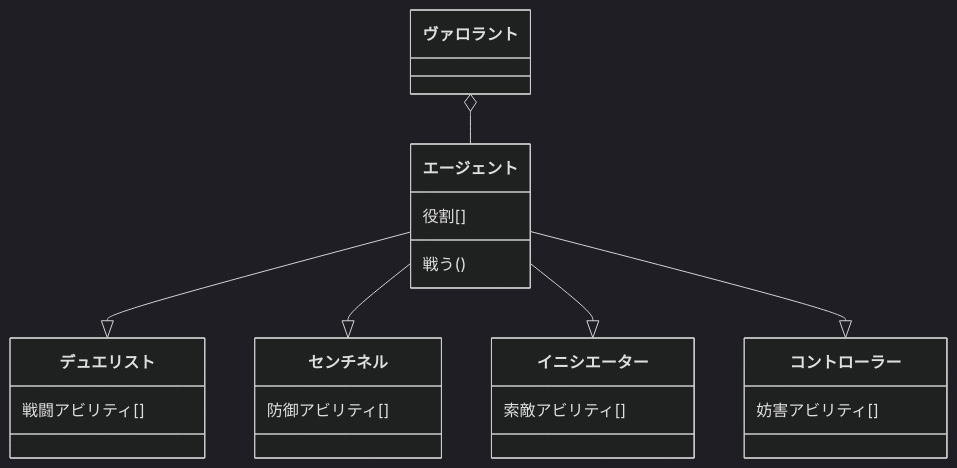
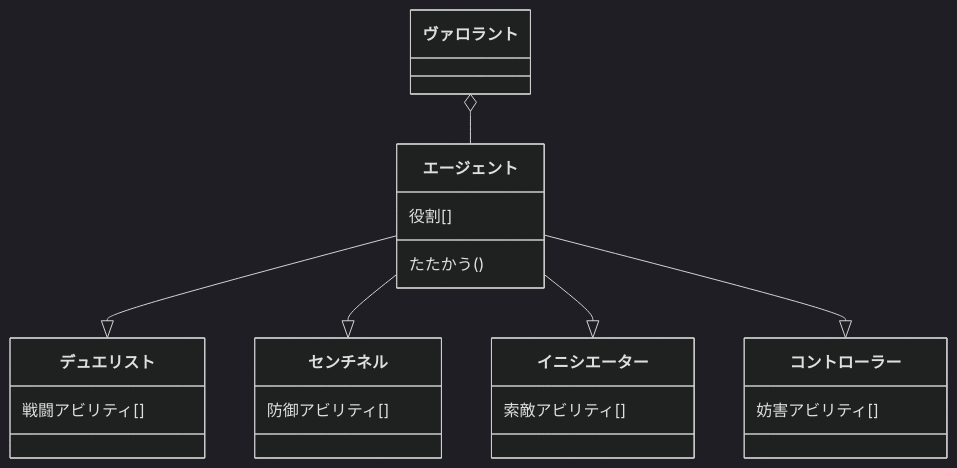
One commit to tpu-game-2022/mermaid_test changed the third of 3 diagrams in README.md. Above: the diagram before and after it, drawn with Mermaid (dark theme).

Commit message:
変更しました

````diff
--- a/README.md
+++ b/README.md
@@ -71,16 +71,16 @@
 ```mermaid
 classDiagram
 
 ヴァロラントo-- エージェント
 エージェント:役割[]
-エージェント:戦う()
+エージェント:たたかう()
 エージェント--|>デュエリスト
 エージェント--|>センチネル
 エージェント--|>イニシエーター
 エージェント--|>コントローラー
 デュエリスト:戦闘アビリティ[]
 センチネル:防御アビリティ[]
 イニシエーター:索敵アビリティ[]
 コントローラー:妨害アビリティ[]
 
 ```
````
